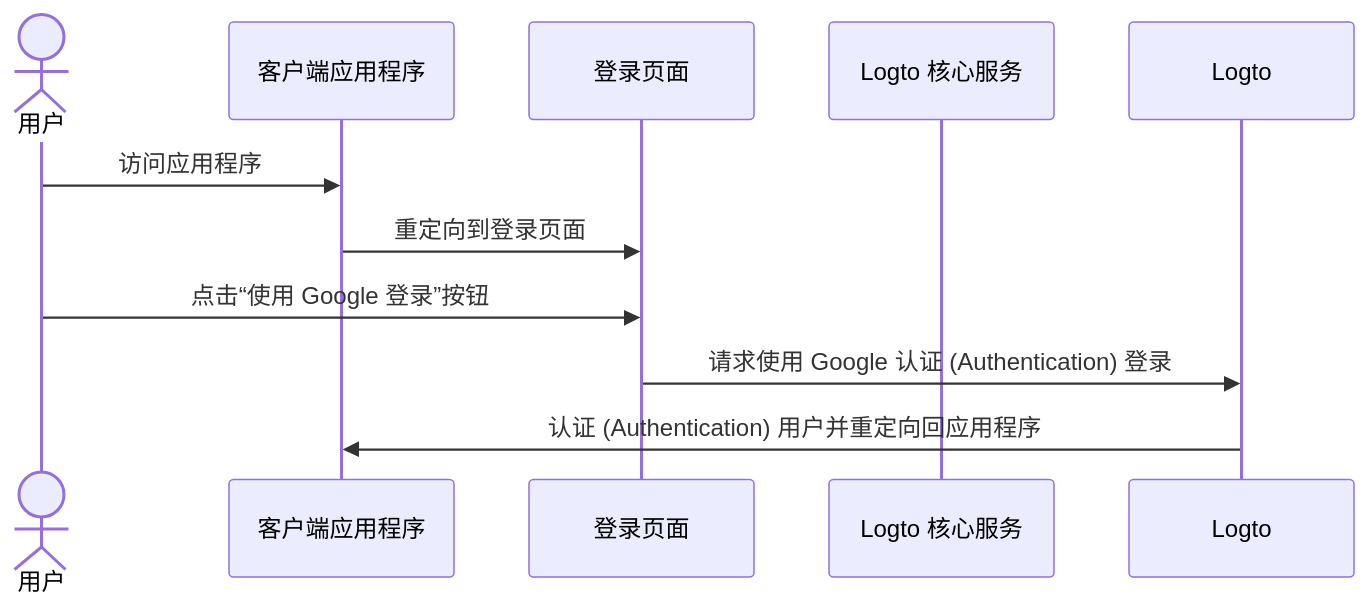
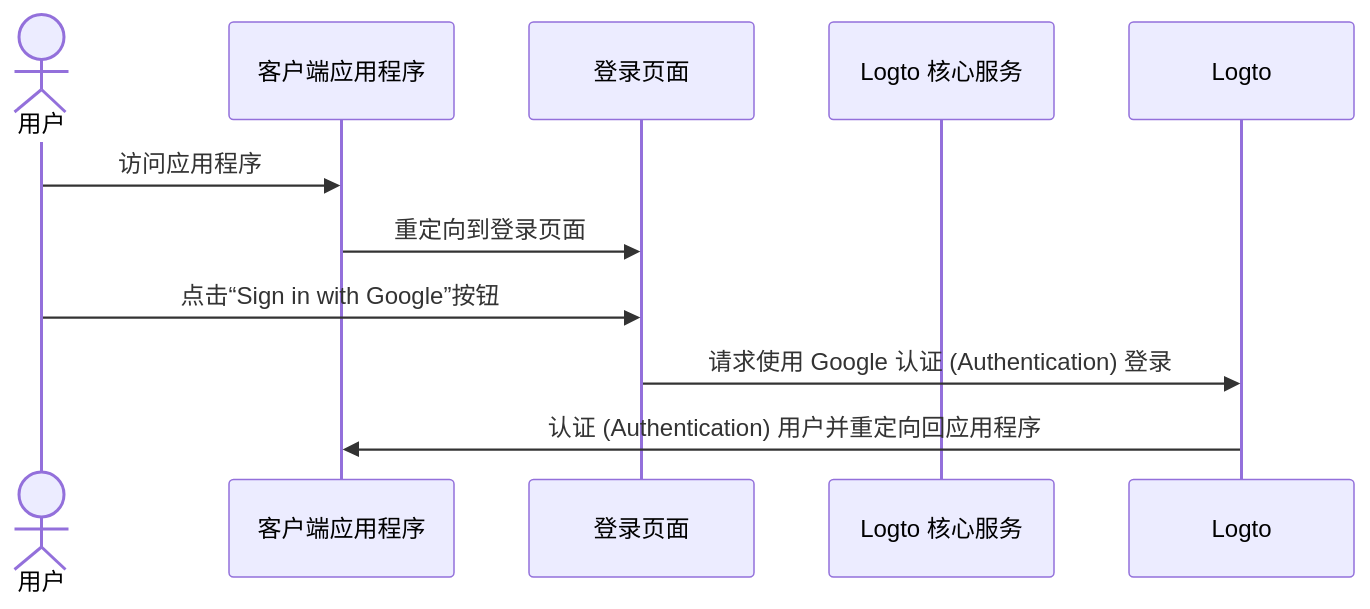
One commit to logto-io/docs changed the second of 5 diagrams in i18n/zh-CN/docusaurus-plugin-content-docs/current/end-user-flows/sign-up-and-sign-in/social-sign-in.mdx. Above: the diagram before and after it, drawn with Mermaid. The commit also changed other lines of this file and 2629 other files, not shown here.

````diff
--- a/i18n/zh-CN/docusaurus-plugin-content-docs/current/end-user-flows/sign-up-and-sign-in/social-sign-in.mdx
+++ b/i18n/zh-CN/docusaurus-plugin-content-docs/current/end-user-flows/sign-up-and-sign-in/social-sign-in.mdx
@@ -72,13 +75,13 @@
 ```mermaid
 sequenceDiagram
 actor user as 用户
     participant app as 客户端应用程序
     participant experience as 登录页面
     participant logto as Logto 核心服务
 
     user->>app: 访问应用程序
     app->>experience: 重定向到登录页面
-    user->>experience: 点击“使用 Google 登录”按钮
+    user->>experience: 点击“Sign in with Google”按钮
     experience->>Logto: 请求使用 Google 认证 (Authentication) 登录
     Logto->>app: 认证 (Authentication) 用户并重定向回应用程序
 ```
````
